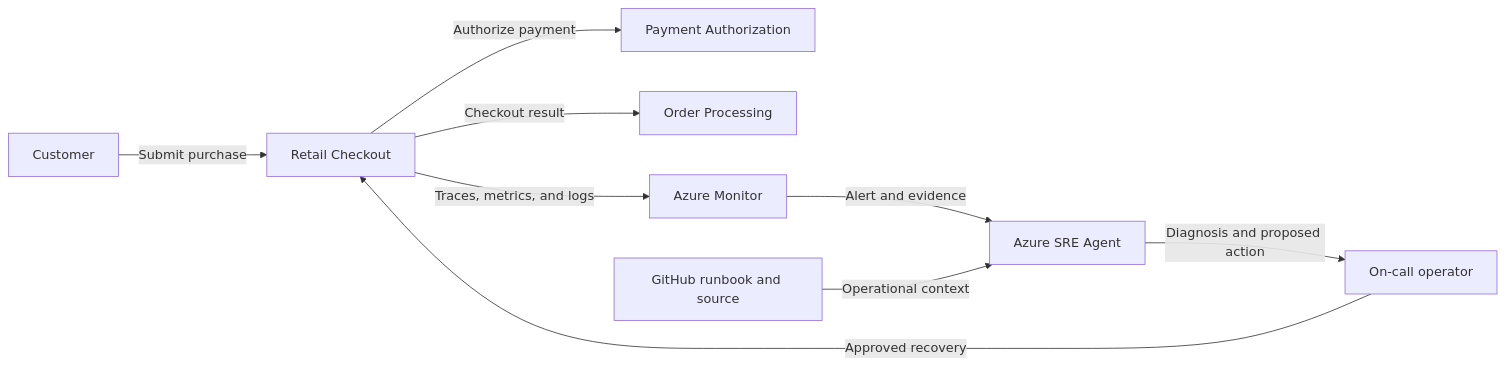
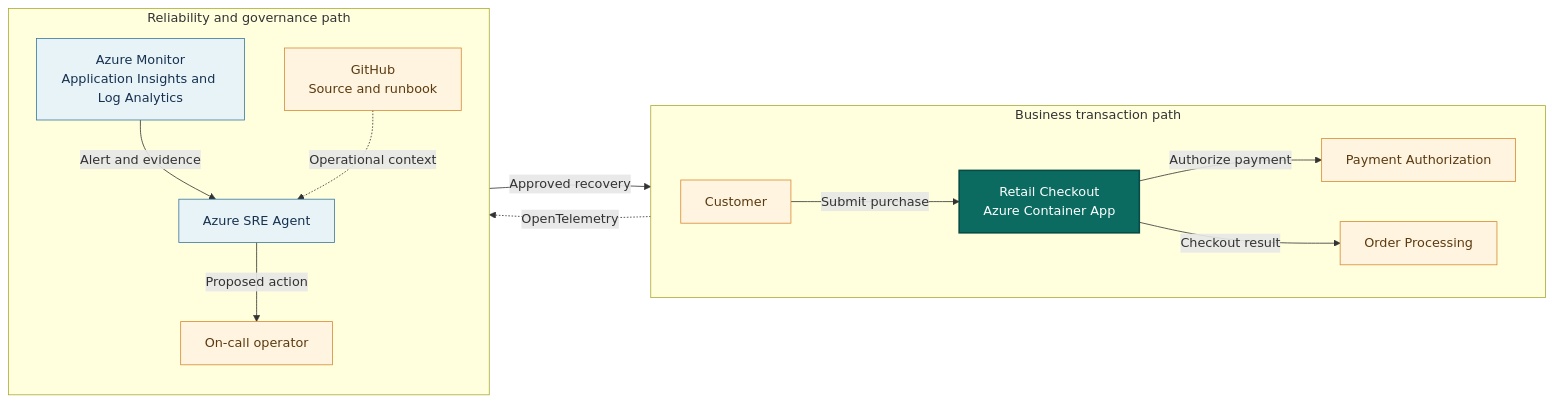
The diagram in runbooks/retail-checkout.md (KrishnaDistributedcomputing/SREAgentEnterpriseShowcase), drawn with Mermaid before and after one commit. The commit also changed other lines of this file and 14 other files, not shown here.

First line of the commit message:
docs(docs): refine system context diagrams

````diff
--- a/runbooks/retail-checkout.md
+++ b/runbooks/retail-checkout.md
@@ -33,11 +33,34 @@
 ```mermaid
 flowchart LR
-    Customer[Customer] -->|Submit purchase| App[Retail Checkout]
-    App -->|Authorize payment| Dependency[Payment Authorization]
-    App -->|Checkout result| Order[Order Processing]
-    App -->|Traces, metrics, and logs| Monitor[Azure Monitor]
-    Monitor -->|Alert and evidence| Agent[Azure SRE Agent]
-    Runbook[GitHub runbook and source] -->|Operational context| Agent
-    Agent -->|Diagnosis and proposed action| Operator[On-call operator]
-    Operator -->|Approved recovery| App
+    subgraph Business["Business transaction path"]
+        direction LR
+        Customer["Customer"]
+        App["Retail Checkout<br/>Azure Container App"]
+        Payment["Payment Authorization"]
+        Order["Order Processing"]
+        Customer -->|"Submit purchase"| App
+        App -->|"Authorize payment"| Payment
+        App -->|"Checkout result"| Order
+    end
+
+    subgraph Operations["Reliability and governance path"]
+        direction TB
+        Monitor["Azure Monitor<br/>Application Insights and Log Analytics"]
+        Agent["Azure SRE Agent"]
+        Operator["On-call operator"]
+        Repository["GitHub<br/>Source and runbook"]
+        Monitor -->|"Alert and evidence"| Agent
+        Repository -.->|"Operational context"| Agent
+        Agent -->|"Proposed action"| Operator
+    end
+
+    App -.->|"OpenTelemetry"| Monitor
+    Operator -->|"Approved recovery"| App
+
+    classDef application fill:#0b6b61,color:#ffffff,stroke:#064b45,stroke-width:2px
+    classDef azure fill:#e8f3f8,color:#16324f,stroke:#39789b
+    classDef external fill:#fff4df,color:#5b3a11,stroke:#d78a32
+    class App application
+    class Monitor,Agent azure
+    class Customer,Payment,Order,Operator,Repository external
 ```
````
